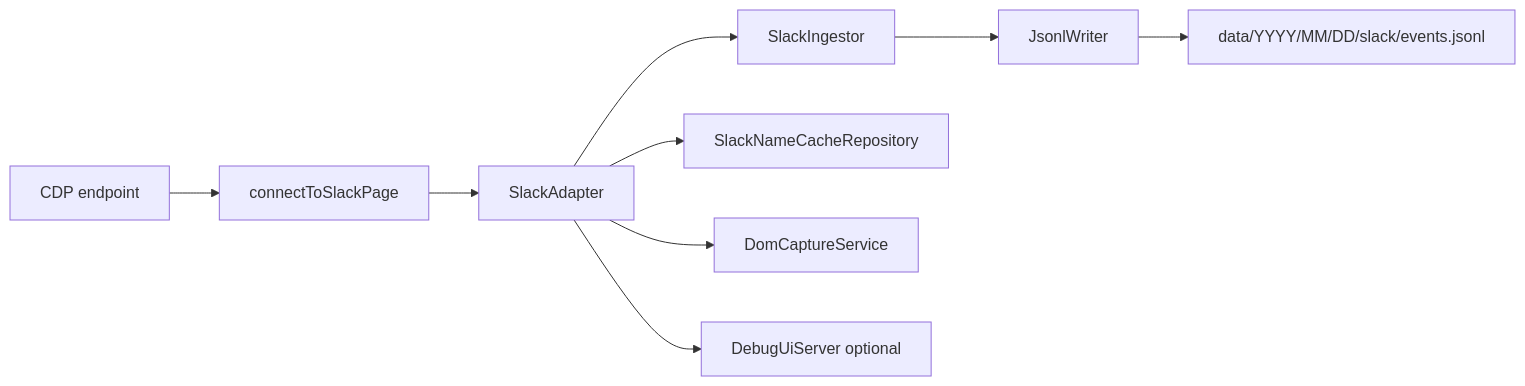
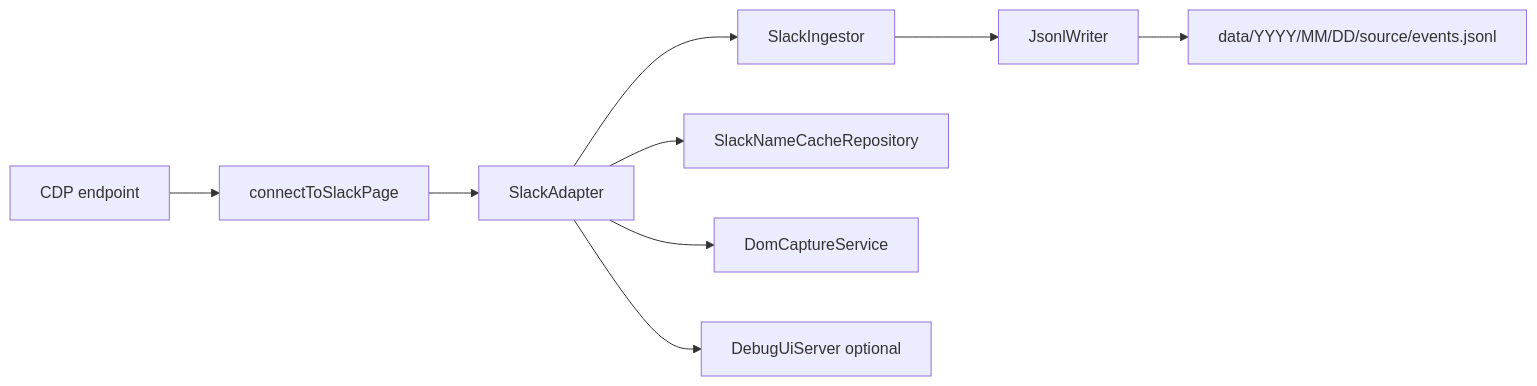
Before and after one commit to masahide/adjutant: the diagram in doc/spec.md, drawn with Mermaid. The commit also changed other lines of this file and 2 other files, not shown here.

````diff
--- a/doc/spec.md
+++ b/doc/spec.md
@@ -34,11 +65,11 @@
 ```mermaid
 flowchart LR
   A[CDP endpoint] --> B[connectToSlackPage]
   B --> C[SlackAdapter]
   C --> D[SlackIngestor]
   D --> E[JsonlWriter]
-  E --> F[data/YYYY/MM/DD/slack/events.jsonl]
+  E --> F[data/YYYY/MM/DD/source/events.jsonl]
   C --> G[SlackNameCacheRepository]
   C --> H[DomCaptureService]
   C --> I[DebugUiServer optional]
 ```
````
